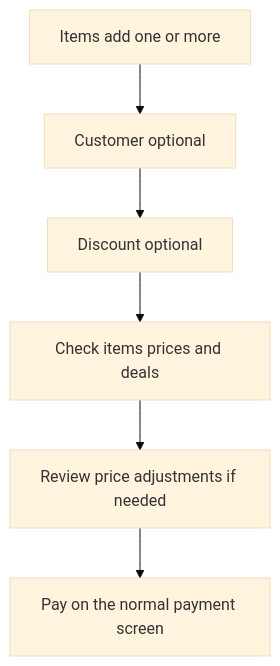
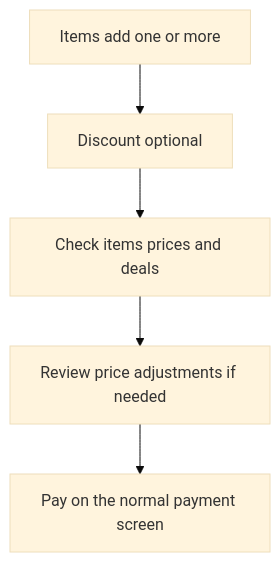
Before and after one commit to Kousei-Uchu/aidens3dp-pos: the diagram in help/staff/guided-checkout.md, drawn with Mermaid (base theme). The commit also changed other lines of this file and 60 other files, not shown here.

````diff
--- a/help/staff/guided-checkout.md
+++ b/help/staff/guided-checkout.md
@@ -39,8 +38,7 @@
 ```mermaid
 flowchart TD
-  A[Items add one or more] --> B[Customer optional]
-  B --> C[Discount optional]
-  C --> D[Check items prices and deals]
-  D --> E[Review price adjustments if needed]
-  E --> F[Pay on the normal payment screen]
+  A[Items add one or more] --> B[Discount optional]
+  B --> C[Check items prices and deals]
+  C --> D[Review price adjustments if needed]
+  D --> E[Pay on the normal payment screen]
 ```
````
